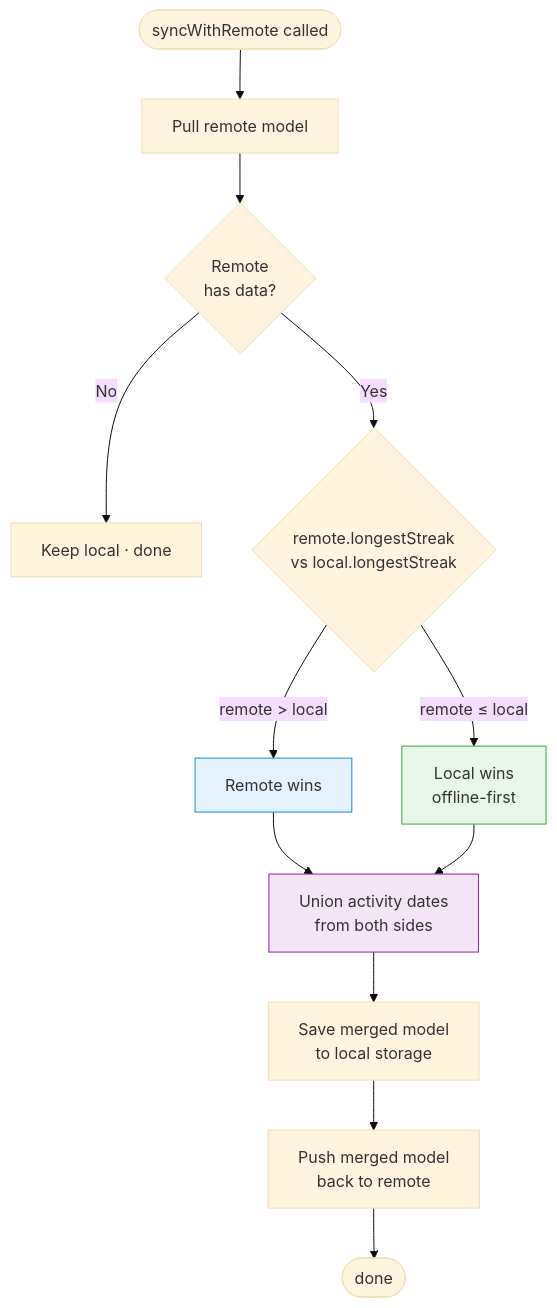
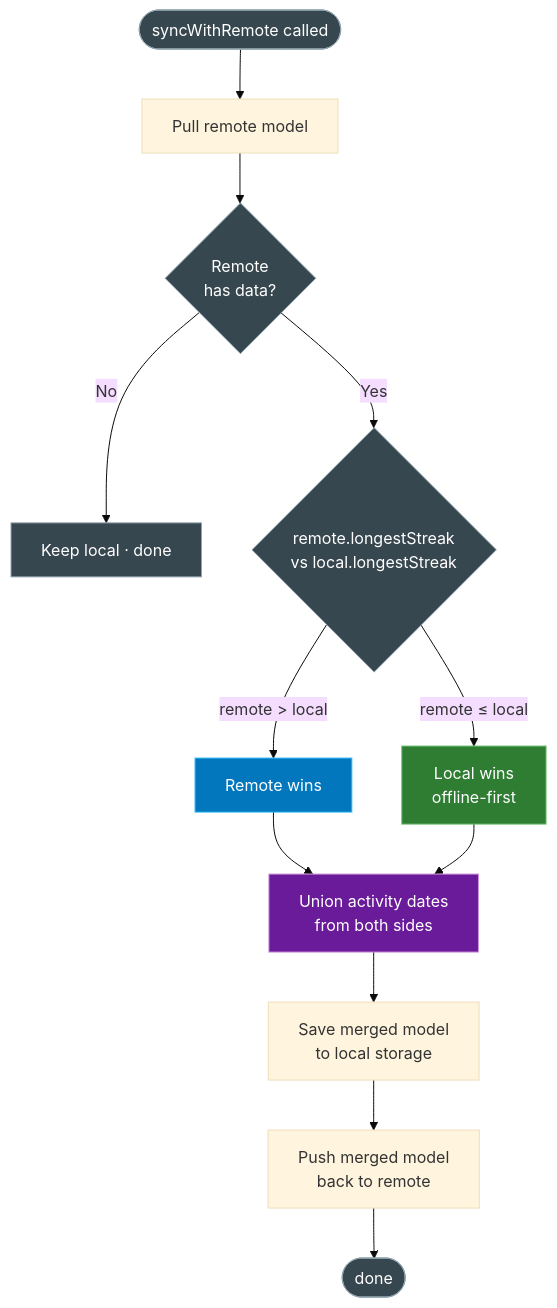
Before and after one commit to androidshashi/streak_plus: the fourth of 4 diagrams in README.md, drawn with Mermaid (base theme). The commit also changed other lines of this file, not shown here.

````diff
--- a/README.md
+++ b/README.md
@@ -115,18 +135,23 @@
 ```mermaid
 flowchart TD
     Start([syncWithRemote called]) --> Pull[Pull remote model]
     Pull --> NoRemote{Remote\nhas data?}
     NoRemote -- No --> KeepLocal[Keep local · done]
-    NoRemote -- Yes --> Compare{remote.longestStreak\nvs local.longestStreak}
-    Compare -- remote > local --> WinR[Remote wins]
-    Compare -- remote ≤ local --> WinL[Local wins\noffline-first]
-    WinR --> Union[Union activity dates\nfrom both sides]
+    NoRemote -- Yes --> Compare{"remote.longestStreak\nvs local.longestStreak"}
+    Compare -- "remote > local" --> WinR[Remote wins]
+    Compare -- "remote ≤ local" --> WinL["Local wins\noffline-first"]
+    WinR --> Union["Union activity dates\nfrom both sides"]
     WinL --> Union
     Union --> Save[Save merged model\nto local storage]
     Save --> Push[Push merged model\nback to remote]
     Push --> Done([done])
 
-    style WinR fill:#e3f2fd,stroke:#1e88e5
-    style WinL fill:#e8f5e9,stroke:#43a047
-    style Union fill:#f3e5f5,stroke:#8e24aa
+    style Start fill:#37474f,stroke:#90a4ae,color:#fff
+    style Done  fill:#37474f,stroke:#90a4ae,color:#fff
+    style NoRemote fill:#37474f,stroke:#90a4ae,color:#fff
+    style Compare  fill:#37474f,stroke:#90a4ae,color:#fff
+    style WinR  fill:#0277bd,stroke:#29b6f6,color:#fff
+    style WinL  fill:#2e7d32,stroke:#66bb6a,color:#fff
+    style Union fill:#6a1b9a,stroke:#ce93d8,color:#fff
+    style KeepLocal fill:#37474f,stroke:#90a4ae,color:#fff
 ```
````
